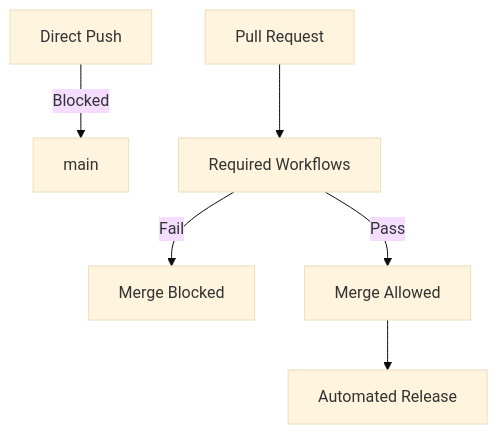
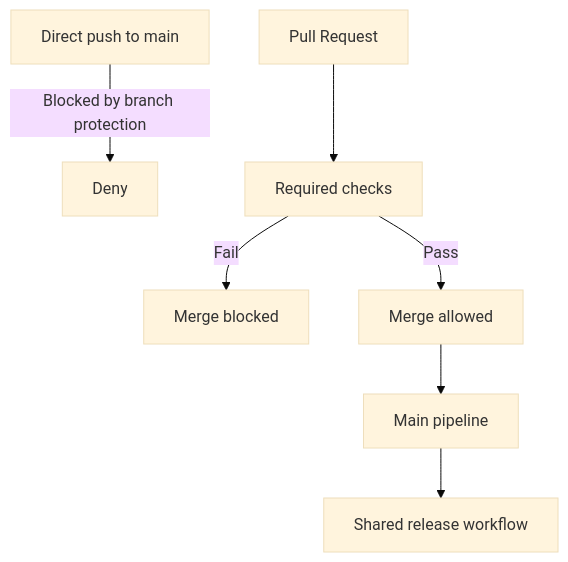
The diagram in docs/architecture/governance-diagram.md (Omkraft/.github), drawn with Mermaid (base theme) before and after one commit. The commit also changed other lines of this file and 22 other files, not shown here.

````diff
--- a/docs/architecture/governance-diagram.md
+++ b/docs/architecture/governance-diagram.md
@@ -6,10 +6,11 @@
 ```mermaid
 flowchart TD
-    Push[Direct Push] -->|Blocked| Main[main]
-    PR[Pull Request] --> Checks[Required Workflows]
+    Direct[Direct push to main] -->|Blocked by branch protection| Deny[Deny]
+    PR[Pull Request] --> Checks[Required checks]
 
-    Checks -->|Fail| Block[Merge Blocked]
-    Checks -->|Pass| MergeAllowed[Merge Allowed]
+    Checks -->|Fail| Block[Merge blocked]
+    Checks -->|Pass| Allow[Merge allowed]
 
-    MergeAllowed --> Release[Automated Release]
+    Allow --> Pipeline[Main pipeline]
+    Pipeline --> Shared[Shared release workflow]
 ```
````
